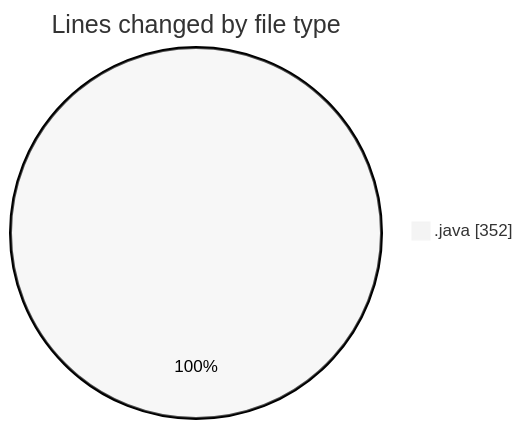
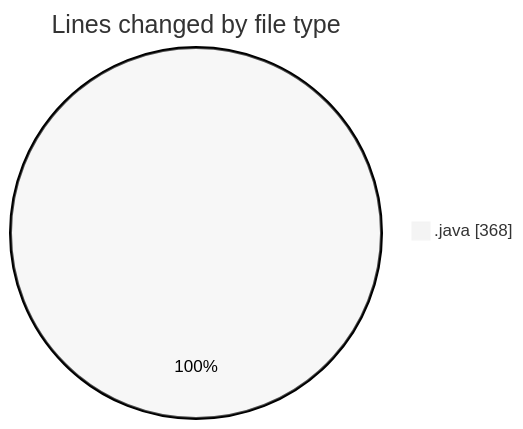
One commit to ricardozamudiocil/code-tracking changed the first of 2 diagrams in 2026-03-02/cilapp/README.md. Above: the diagram before and after it, drawn with Mermaid (neutral theme). The commit also changed other lines of this file and 1 other file, not shown here.

````diff
--- a/2026-03-02/cilapp/README.md
+++ b/2026-03-02/cilapp/README.md
@@ -22,5 +23,5 @@
 ```mermaid
 pie showData
 title Lines changed by file type
-".java" : 352
+".java" : 368
 ```
````
